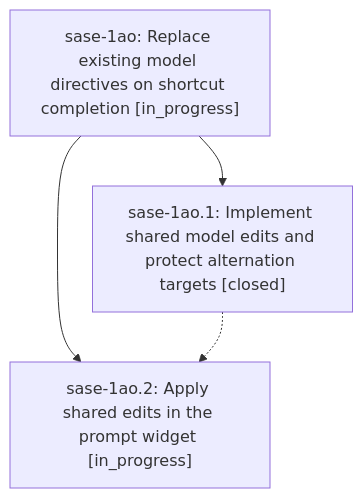
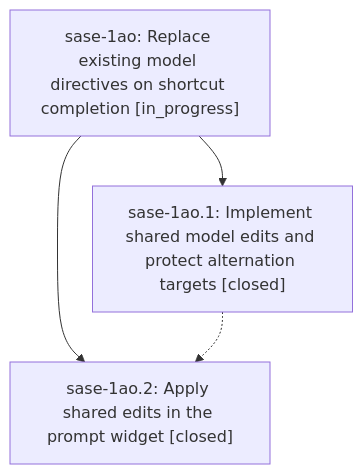
The diagram in pages/sase-1ao/README.md (sase-org/sase--beads), drawn with Mermaid before and after one commit. The commit also changed other lines of this file and 2 other files, not shown here.

First line of the commit message:
chore(beads): sync bead state and pages for sase-1ao

````diff
--- a/pages/sase-1ao/README.md
+++ b/pages/sase-1ao/README.md
@@ -23,9 +23,9 @@
 ```mermaid
 flowchart TD
     n0["sase-1ao: Replace existing model directives on shortcut completion [in_progress]"]
     n1["sase-1ao.1: Implement shared model edits and protect alternation targets [closed]"]
-    n2["sase-1ao.2: Apply shared edits in the prompt widget [in_progress]"]
+    n2["sase-1ao.2: Apply shared edits in the prompt widget [closed]"]
     n0 --> n1
     n0 --> n2
     n1 -.-> n2
 ```
````
